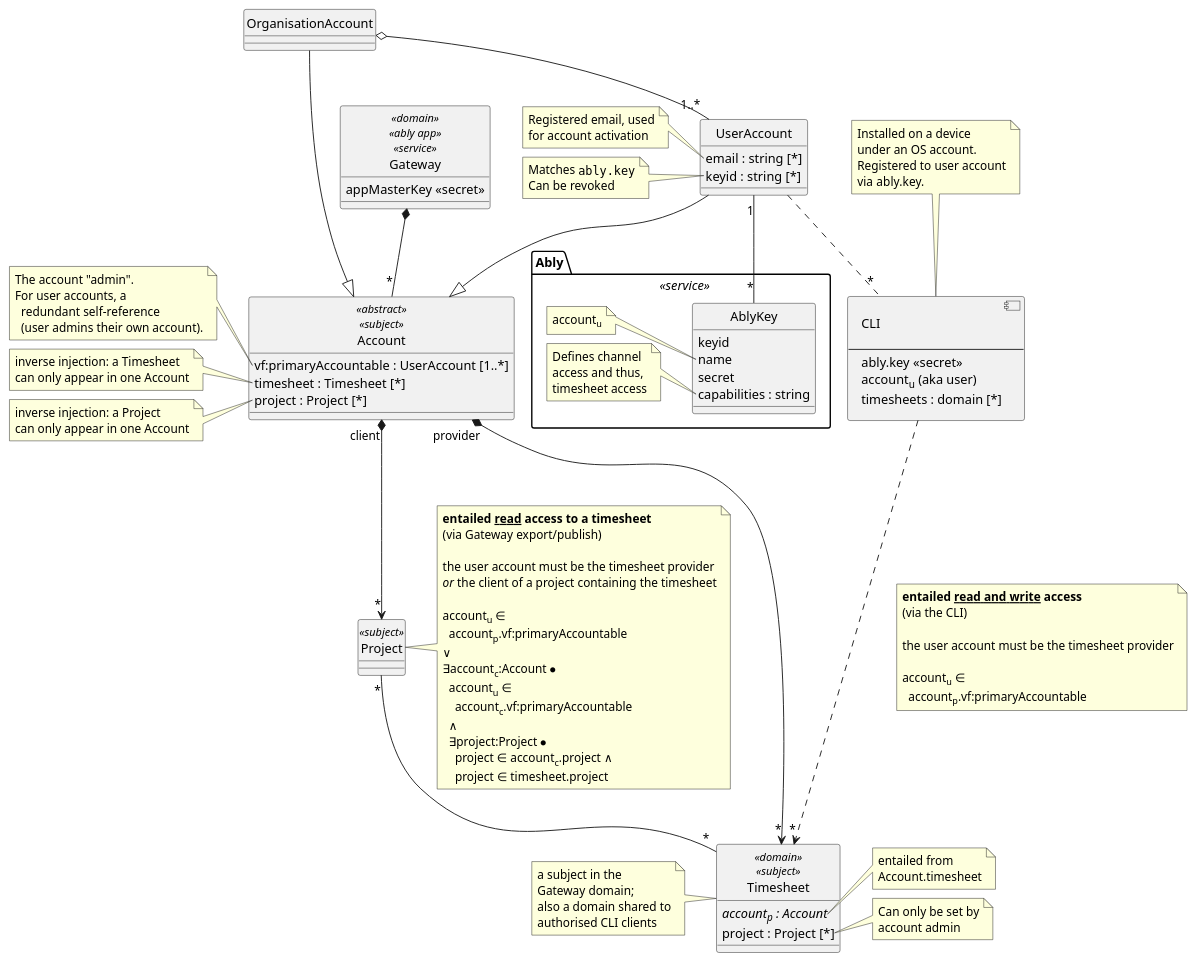
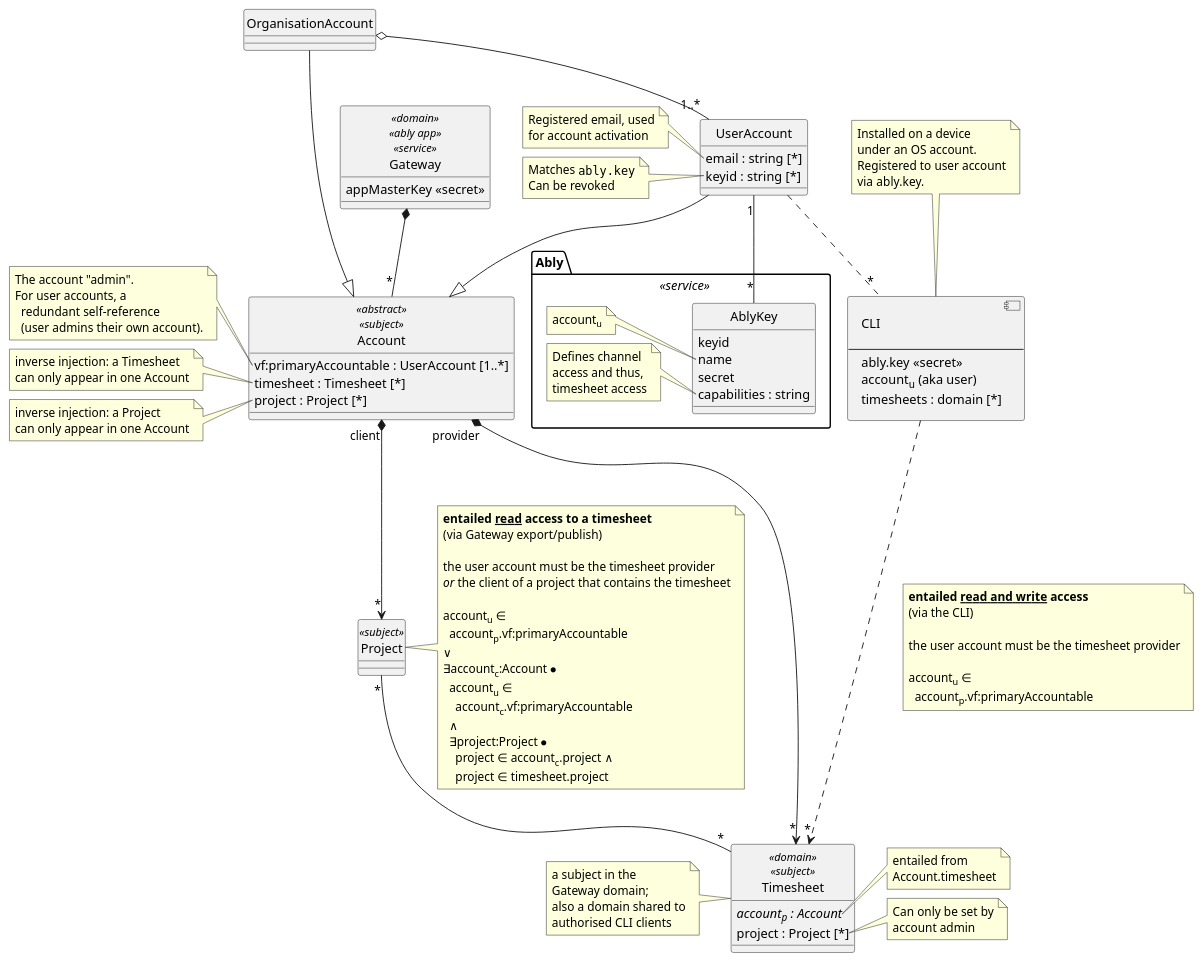
The diagram in architecture/security/accounts.class.puml (m-ld/timeld), drawn with PlantUML before and after one commit. The commit also changed 2 other files, not shown here.

```diff
--- a/architecture/security/accounts.class.puml
+++ b/architecture/security/accounts.class.puml
@@ -1,145 +1,145 @@
 @startuml
 'https://plantuml.com/class-diagram
 
 hide circle
 allowmixing
 
 class Gateway <<domain>> <<ably app>> <<service>> {
   appMasterKey <<secret>>
 }
 
 Gateway *-- "*" Account
 
 class Account <<abstract>> <<subject>> {
   vf:primaryAccountable : UserAccount [1..*]
   timesheet : Timesheet [*]
   project : Project [*]
 }
 note left of Account::vf:primaryAccountable
   The account "admin".
   For user accounts, a
     redundant self-reference
     (user admins their own account).
 end note
 note left of Account::timesheet
   inverse injection: a Timesheet
   can only appear in one Account
 end note
 note left of Account::project
   inverse injection: a Project
   can only appear in one Account
 end note
 
 Account "provider" *--> "*" Timesheet
 
 Account "client" *--> "*" Project
 
 class UserAccount {
   email : string [*]
   keyid : string [*]
 }
 note left of UserAccount::email
   Registered email, used
   for account activation
 end note
 note left of UserAccount::keyid
   Matches ""ably.key""
   Can be revoked
 end note
 UserAccount --|> Account
 
 class OrganisationAccount {
 }
 OrganisationAccount --|> Account
 OrganisationAccount o-- "1..*" UserAccount
 
 class Timesheet <<domain>> <<subject>> {
   //account<sub>p</sub> : Account//
   project : Project [*]
 }
 note left of Timesheet
   a subject in the
   Gateway domain;
   also a domain shared to
   authorised CLI clients
 end note
 note right of Timesheet::account
   entailed from
   Account.timesheet
 end note
 note right of Timesheet::project
   Can only be set by
   account admin
 end note
 
 class Project <<subject>> {
 }
 note right of Project
   **entailed __read__ access to a timesheet**
   (via Gateway export/publish)
 
   the user account must be the timesheet provider
-  //or// the client of a project containing the timesheet
+  //or// the client of a project that contains the timesheet
 
   account<sub>u</sub> ∈
     account<sub>p</sub>.vf:primaryAccountable
   ∨
   ∃account<sub>c</sub>:Account ⦁
     account<sub>u</sub> ∈
       account<sub>c</sub>.vf:primaryAccountable
     ∧
     ∃project:Project ⦁
       project ∈ account<sub>c</sub>.project ∧
       project ∈ timesheet.project
 end note
 
 Project "*" -- "*" Timesheet
 
 component CLI [
   CLI
 
   ---
   ably.key <<secret>>
   account<sub>u</sub> (aka user)
   timesheets : domain [*]
 ]
 note top of CLI
   Installed on a device
   under an OS account.
   Registered to user account
   via ably.key.
 end note
 
 UserAccount .. "*" CLI
 
 CLI ..> "*" Timesheet
 note bottom on link
   **entailed __read and write__ access**
   (via the CLI)
 
   the user account must be the timesheet provider
 
   account<sub>u</sub> ∈
     account<sub>p</sub>.vf:primaryAccountable
 end note
 
 package Ably <<service>> {
   class AblyKey {
     keyid
     name
     secret
     capabilities : string
   }
   note left of AblyKey::name
     account<sub>u</sub>
   end note
   note left of AblyKey::capabilities
     Defines channel
     access and thus,
     timesheet access
   end note
 
   UserAccount "1" -- "*" AblyKey
 }
 
 @enduml
```
